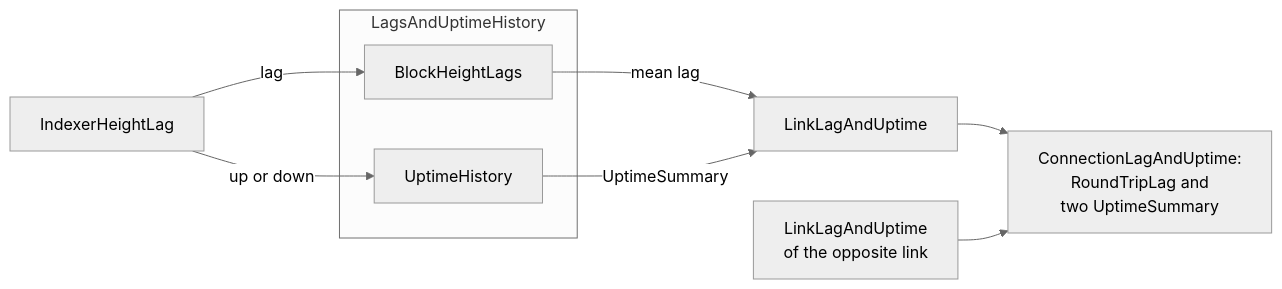
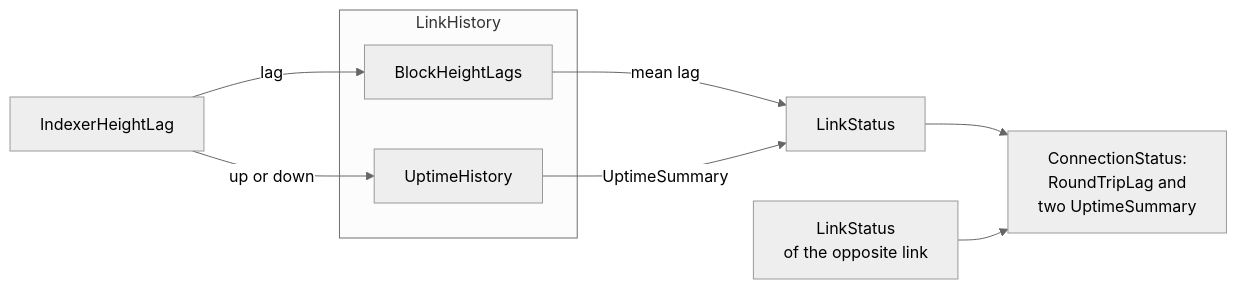
The diagram in docs/design/network-connectivity-tracker-no-generics/network-connectivity-link-observations.md (near/mpc), drawn with Mermaid (neutral theme) before and after one commit. The commit also changed other lines of this file and 2 other files, not shown here.

````diff
--- a/docs/design/network-connectivity-tracker-no-generics/network-connectivity-link-observations.md
+++ b/docs/design/network-connectivity-tracker-no-generics/network-connectivity-link-observations.md
@@ -10,20 +10,20 @@
 ```mermaid
 flowchart LR
     observation["IndexerHeightLag"]
 
-    subgraph history["LagsAndUptimeHistory"]
+    subgraph history["LinkHistory"]
         lags["BlockHeightLags"]
         uptime["UptimeHistory"]
     end
 
-    link["LinkLagAndUptime"]
-    opposite["LinkLagAndUptime<br/>of the opposite link"]
-    connection["ConnectionLagAndUptime:<br/>RoundTripLag and<br/>two UptimeSummary"]
+    link["LinkStatus"]
+    opposite["LinkStatus<br/>of the opposite link"]
+    connection["ConnectionStatus:<br/>RoundTripLag and<br/>two UptimeSummary"]
 
     observation -- "lag" --> lags
     observation -- "up or down" --> uptime
     lags -- "mean lag" --> link
     uptime -- "UptimeSummary" --> link
     link --> connection
     opposite --> connection
 ```
````
